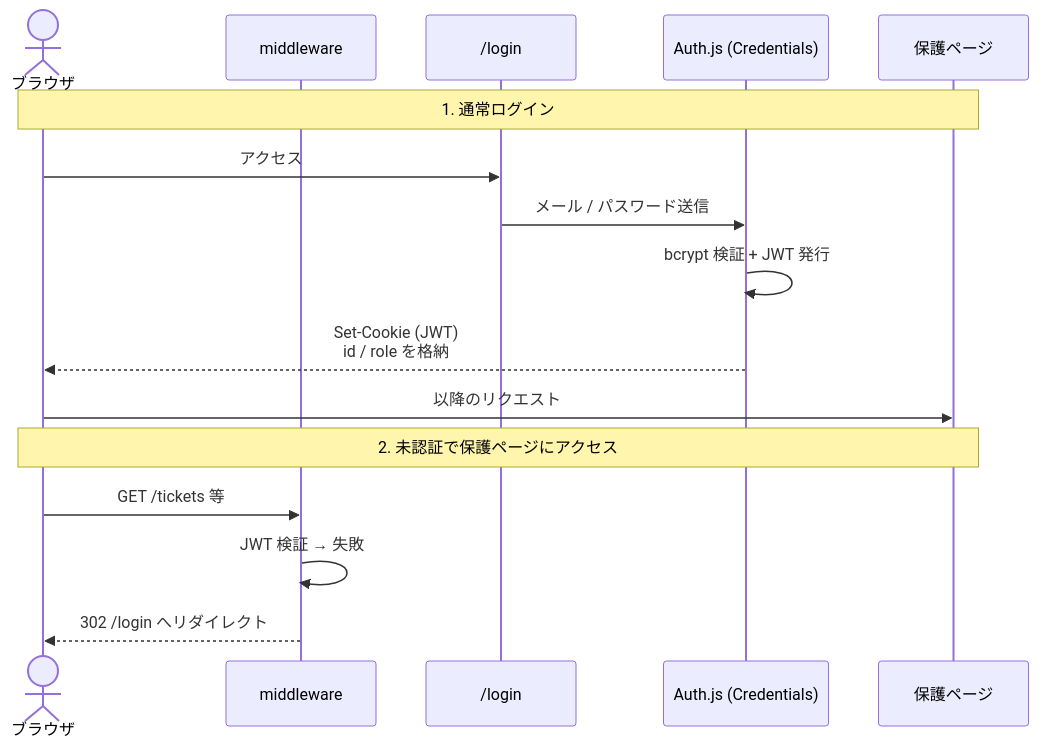
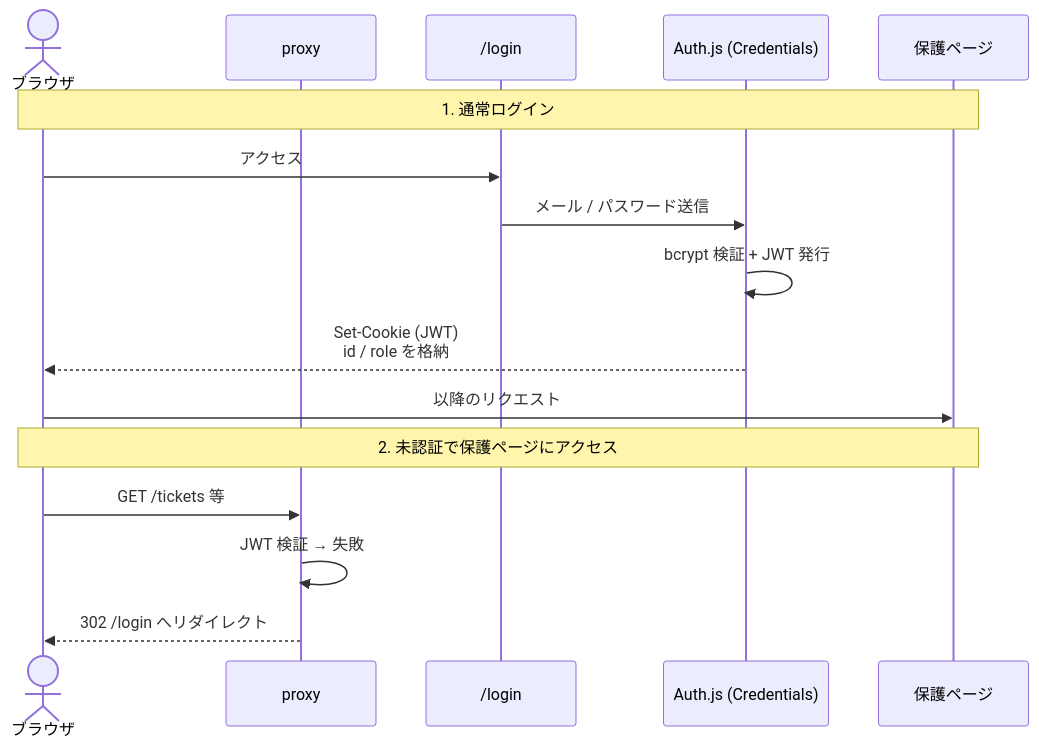
Before and after one commit to izumacha/helpdesk-hub: the second of 3 diagrams in docs/architecture.md, drawn with Mermaid. The commit also changed 13 other files, not shown here.

First line of the commit message:
refactor(auth): middleware.ts を Next.js 16 の proxy.ts へ移行する

````diff
--- a/docs/architecture.md
+++ b/docs/architecture.md
@@ -49,20 +49,20 @@
 ```mermaid
 sequenceDiagram
     actor User as ブラウザ
-    participant MW as middleware
+    participant MW as proxy
     participant Login as /login
     participant Auth as Auth.js (Credentials)
     participant App as 保護ページ
 
     Note over User,App: 1. 通常ログイン
     User->>Login: アクセス
     Login->>Auth: メール / パスワード送信
     Auth->>Auth: bcrypt 検証 + JWT 発行
     Auth-->>User: Set-Cookie (JWT)<br/>id / role を格納
     User->>App: 以降のリクエスト
 
     Note over User,App: 2. 未認証で保護ページにアクセス
     User->>MW: GET /tickets 等
     MW->>MW: JWT 検証 → 失敗
     MW-->>User: 302 /login へリダイレクト
 ```
````
